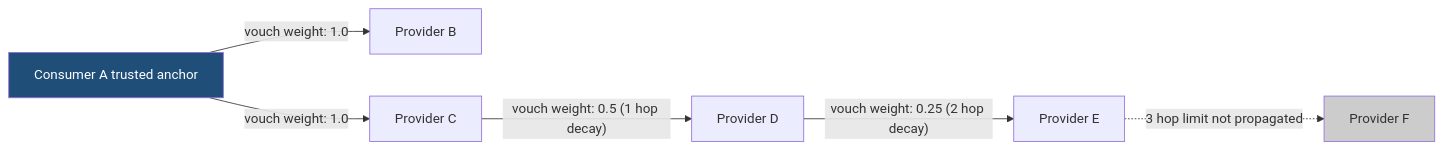
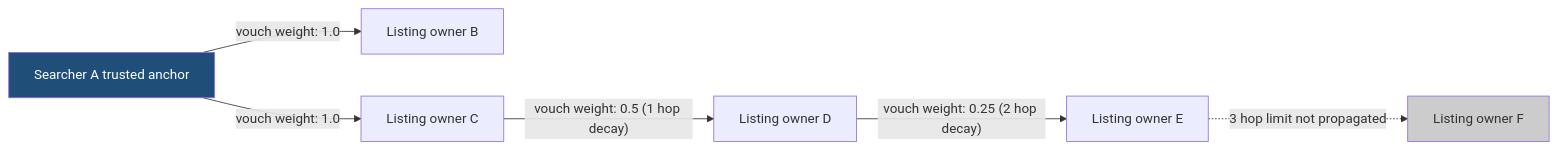
Diagram 14 of 23 in docs/system-architecture.md (syneroym/syneroym), drawn with Mermaid before and after one commit. The commit also changed other lines of this file and 106 other files, not shown here.

````diff
--- a/docs/system-architecture.md
+++ b/docs/system-architecture.md
@@ -1058,11 +1058,11 @@
 ```mermaid
 flowchart LR
-    A[Consumer A trusted anchor] -->|"vouch weight: 1.0"| B[Provider B]
-    A -->|"vouch weight: 1.0"| C[Provider C]
-    C -->|"vouch weight: 0.5 (1 hop decay)"| D[Provider D]
-    D -->|"vouch weight: 0.25 (2 hop decay)"| E[Provider E]
-    E -. "3 hop limit not propagated" .-> F[Provider F]
+    A[Searcher A trusted anchor] -->|"vouch weight: 1.0"| B[Listing owner B]
+    A -->|"vouch weight: 1.0"| C[Listing owner C]
+    C -->|"vouch weight: 0.5 (1 hop decay)"| D[Listing owner D]
+    D -->|"vouch weight: 0.25 (2 hop decay)"| E[Listing owner E]
+    E -. "3 hop limit not propagated" .-> F[Listing owner F]
 
     style A fill:#1F4E79,color:#fff
     style F fill:#CCCCCC
 ```
````
